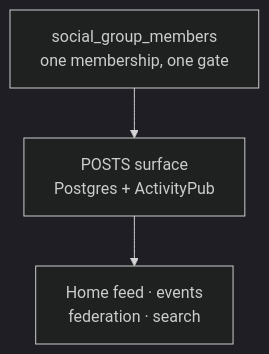
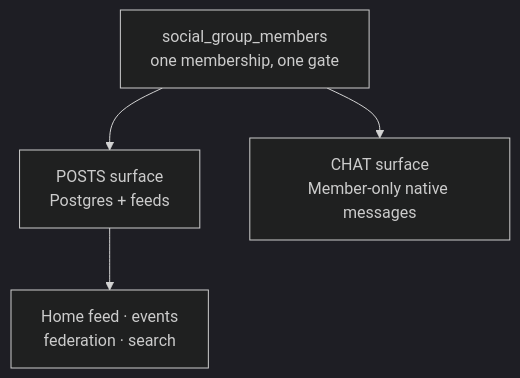
One commit to panamiaclub/panamia.club changed the diagram in docs/GROUPS-ROADMAP.md. Above: the diagram before and after it, drawn with Mermaid (dark theme). The commit also changed other lines of this file and 63 other files, not shown here.

First line of the commit message:
feat(messages): add workspace and native group chats

````diff
--- a/docs/GROUPS-ROADMAP.md
+++ b/docs/GROUPS-ROADMAP.md
@@ -135,6 +141,7 @@
 ```mermaid
 graph TB
     M["social_group_members<br/>one membership, one gate"]
-    M --> P["POSTS surface<br/>Postgres + ActivityPub"]
+    M --> P["POSTS surface<br/>Postgres + feeds"]
+    M --> C["CHAT surface<br/>Member-only native messages"]
     P --> F["Home feed · events<br/>federation · search"]
 ```
````
